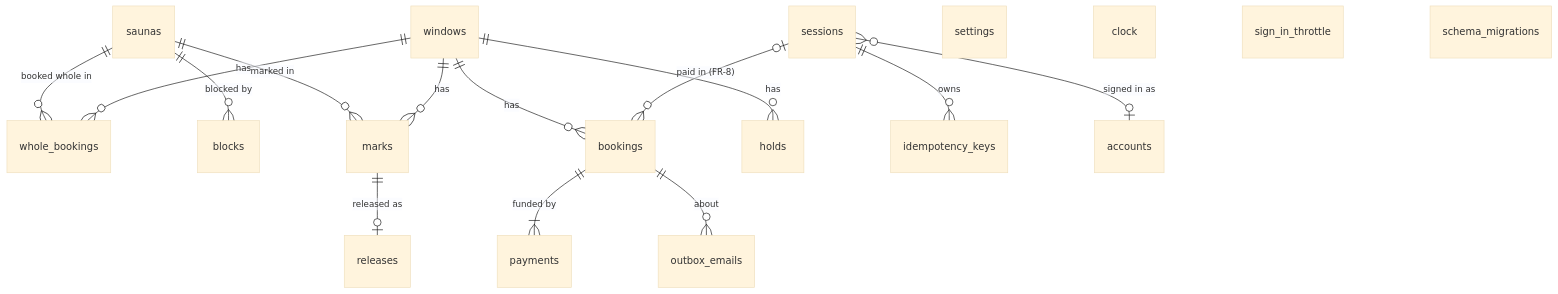
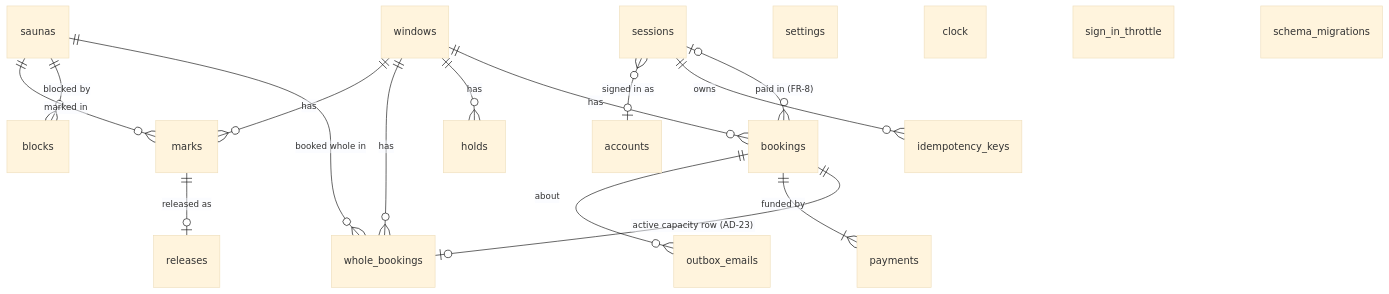
Before and after one commit to IBE160-2026/G78-larsen: the third of 3 diagrams in .docs/planning-artifacts/architecture/architecture-booking-platform-2026-11-03/ARCHITECTURE-SPINE.md, drawn with Mermaid (base theme). The commit also changed other lines of this file and 1 other file, not shown here.

Commit message:
Arkitektur: AD-23–AD-26 for §4.9 Whole-sauna booking (utkast)

````diff
--- a/.docs/planning-artifacts/architecture/architecture-booking-platform-2026-11-03/ARCHITECTURE-SPINE.md
+++ b/.docs/planning-artifacts/architecture/architecture-booking-platform-2026-11-03/ARCHITECTURE-SPINE.md
@@ -356,20 +392,21 @@
 ```mermaid
 erDiagram
   saunas ||--o{ whole_bookings : "booked whole in"
+  bookings ||--o| whole_bookings : "active capacity row (AD-23)"
   saunas ||--o{ blocks : "blocked by"
   saunas ||--o{ marks : "marked in"
   windows ||--o{ bookings : has
   windows ||--o{ holds : has
   windows ||--o{ whole_bookings : has
   windows ||--o{ marks : has
   marks ||--o| releases : "released as"
   bookings ||--|{ payments : "funded by"
   bookings ||--o{ outbox_emails : about
   sessions |o--o{ bookings : "paid in (FR-8)"
   sessions ||--o{ idempotency_keys : owns
   sessions }o--o| accounts : "signed in as"
   settings
   clock
   sign_in_throttle
   schema_migrations
 ```
````
